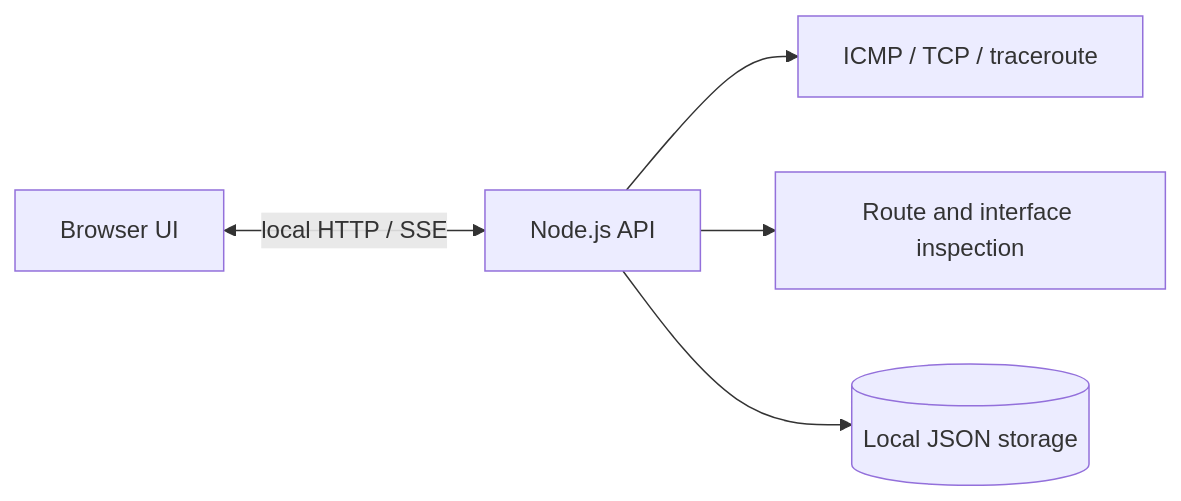
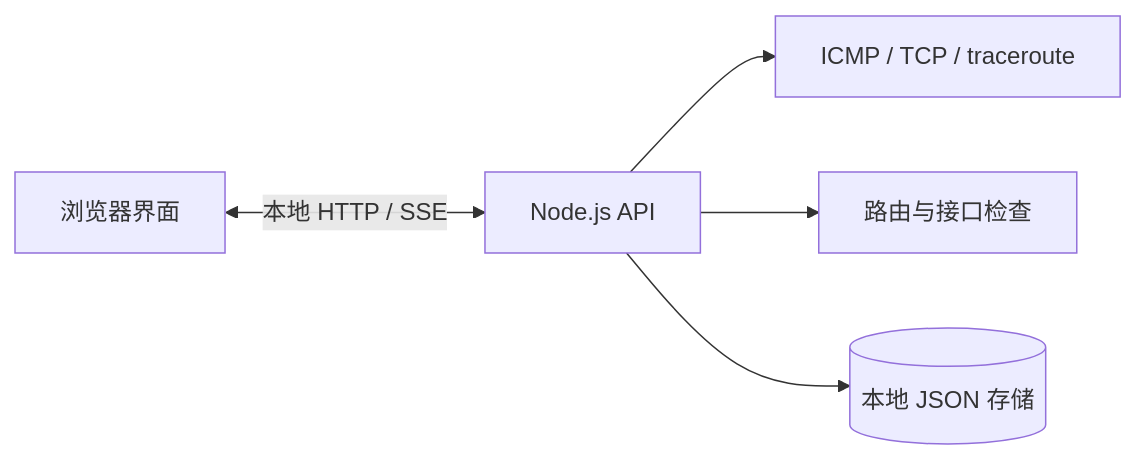
The diagram in README.md (Sen-Yao/delay-monitor), drawn with Mermaid before and after one commit. The commit also changed other lines of this file and 7 other files, not shown here.

````diff
--- a/README.md
+++ b/README.md
@@ -18,7 +20,7 @@
 ```mermaid
 flowchart LR
-  UI[Browser UI] <-->|local HTTP / SSE| API[Node.js API]
+  UI[浏览器界面] <-->|本地 HTTP / SSE| API[Node.js API]
   API --> P[ICMP / TCP / traceroute]
-  API --> N[Route and interface inspection]
-  API --> S[(Local JSON storage)]
+  API --> N[路由与接口检查]
+  API --> S[(本地 JSON 存储)]
 ```
````
